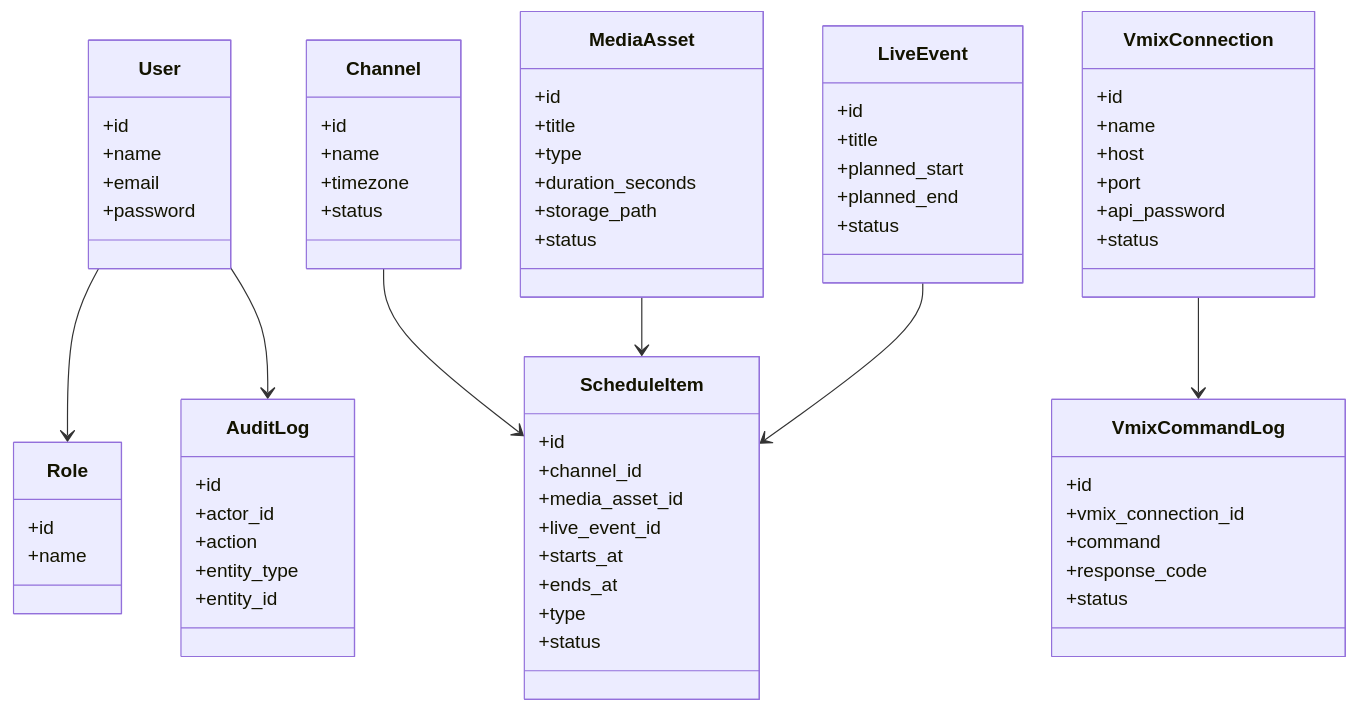
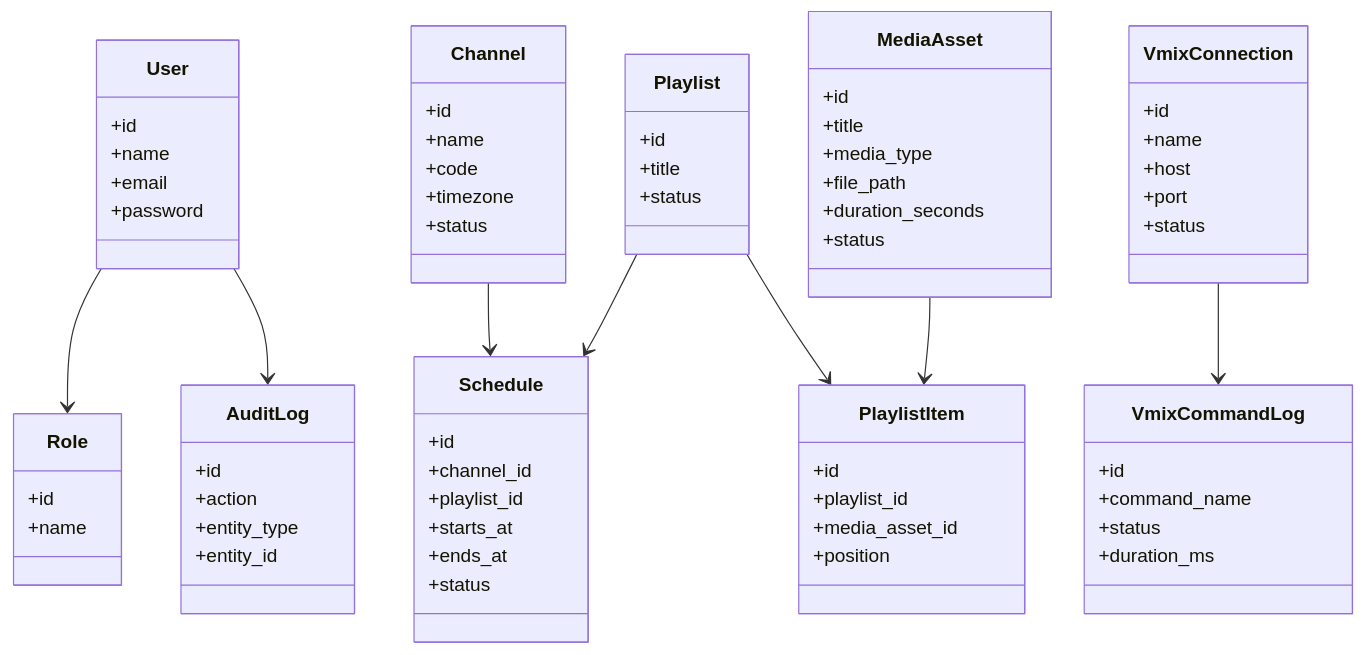
The fourth of 4 diagrams in docs/poc-architecture.md (MJAK-43/balafon-tv-automation), drawn with Mermaid before and after one commit. The commit also changed other lines of this file and 171 other files, not shown here.

````diff
--- a/docs/poc-architecture.md
+++ b/docs/poc-architecture.md
@@ -314,38 +382,42 @@
       +name
     }
 
-    class MediaAsset {
-      +id
-      +title
-      +type
-      +duration_seconds
-      +storage_path
-      +status
-    }
-
     class Channel {
       +id
       +name
+      +code
       +timezone
       +status
     }
 
-    class ScheduleItem {
+    class MediaAsset {
       +id
-      +channel_id
-      +media_asset_id
-      +live_event_id
-      +starts_at
-      +ends_at
-      +type
+      +title
+      +media_type
+      +file_path
+      +duration_seconds
       +status
     }
 
-    class LiveEvent {
+    class Playlist {
       +id
       +title
-      +planned_start
-      +planned_end
+      +status
+    }
+
+    class PlaylistItem {
+      +id
+      +playlist_id
+      +media_asset_id
+      +position
+    }
+
+    class Schedule {
+      +id
+      +channel_id
+      +playlist_id
+      +starts_at
+      +ends_at
       +status
     }
 
@@ -354,30 +426,28 @@
       +name
       +host
       +port
-      +api_password
       +status
     }
 
     class VmixCommandLog {
       +id
-      +vmix_connection_id
-      +command
-      +response_code
+      +command_name
       +status
+      +duration_ms
     }
 
     class AuditLog {
       +id
-      +actor_id
       +action
       +entity_type
       +entity_id
     }
 
     User --> Role
-    Channel --> ScheduleItem
-    MediaAsset --> ScheduleItem
-    LiveEvent --> ScheduleItem
+    MediaAsset --> PlaylistItem
+    Playlist --> PlaylistItem
+    Playlist --> Schedule
+    Channel --> Schedule
     VmixConnection --> VmixCommandLog
     User --> AuditLog
 ```
````
